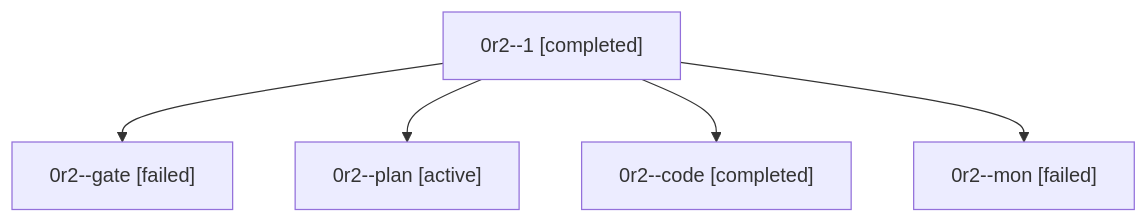
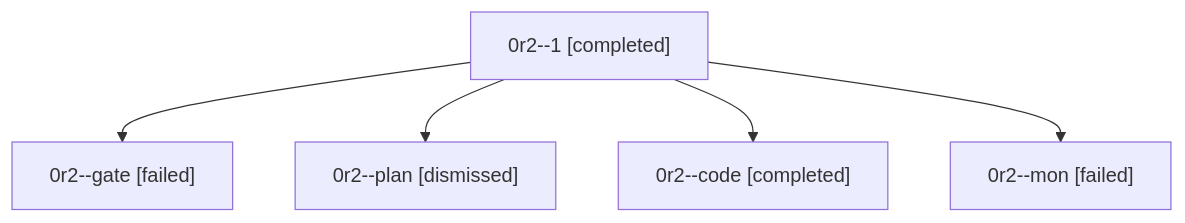
One commit to sase-org/sase--agents changed the diagram in sessions/bbugyi200.athena.0r2.md. Above: the diagram before and after it, drawn with Mermaid. The commit also changed other lines of this file and 30 other files, not shown here.

````diff
--- a/sessions/bbugyi200.athena.0r2.md
+++ b/sessions/bbugyi200.athena.0r2.md
@@ -9,12 +9,12 @@
 ```mermaid
 flowchart TD
   n0["0r2--1 [completed]"]
   n1["0r2--gate [failed]"]
   n0 --> n1
-  n2["0r2--plan [active]"]
+  n2["0r2--plan [dismissed]"]
   n0 --> n2
   n3["0r2--code [completed]"]
   n0 --> n3
   n4["0r2--mon [failed]"]
   n0 --> n4
 ```
````
